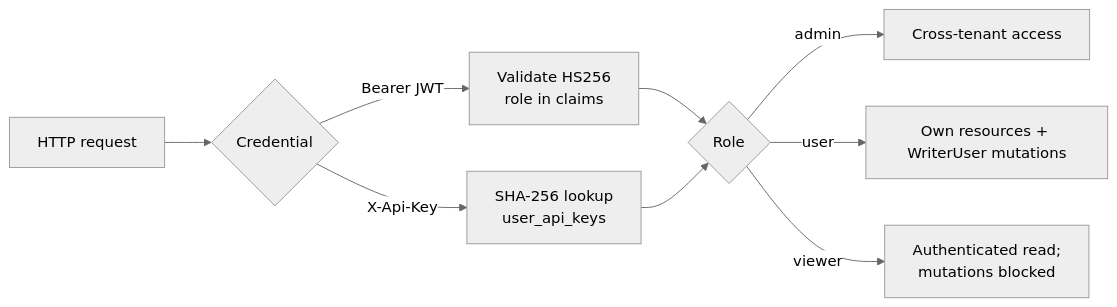
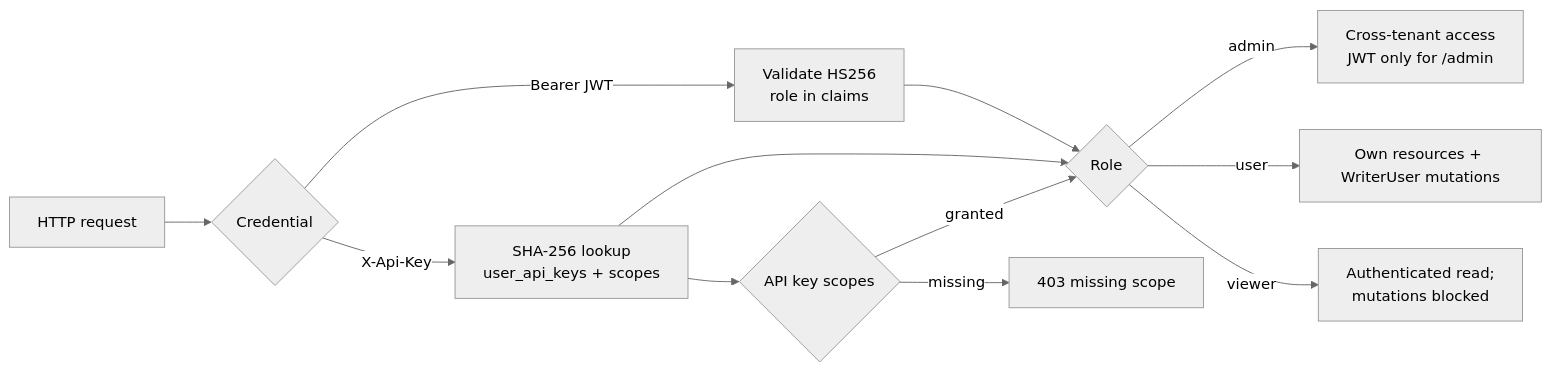
Before and after one commit to sammirzagharcheh/PyTelegramClientCopier: the fourth of 5 diagrams in docs/architecture.md, drawn with Mermaid (neutral theme). The commit also changed other lines of this file and 31 other files, not shown here.

First line of the commit message:
Enforce API key scopes and add panel key management.

````diff
--- a/docs/architecture.md
+++ b/docs/architecture.md
@@ -208,11 +208,14 @@
 ```mermaid
 flowchart LR
   REQ[HTTP request] --> AUTH{Credential}
   AUTH -->|Bearer JWT| JWT[Validate HS256<br/>role in claims]
-  AUTH -->|X-Api-Key| KEY[SHA-256 lookup<br/>user_api_keys]
+  AUTH -->|X-Api-Key| KEY[SHA-256 lookup<br/>user_api_keys + scopes]
   JWT --> ROLE{Role}
   KEY --> ROLE
-  ROLE -->|admin| ALL[Cross-tenant access]
+  ROLE -->|admin| ALL[Cross-tenant access<br/>JWT only for /admin]
   ROLE -->|user| OWN[Own resources + WriterUser mutations]
   ROLE -->|viewer| READ[Authenticated read;<br/>mutations blocked]
+  KEY --> SCOPE{API key scopes}
+  SCOPE -->|missing| DENY[403 missing scope]
+  SCOPE -->|granted| ROLE
 ```
````
